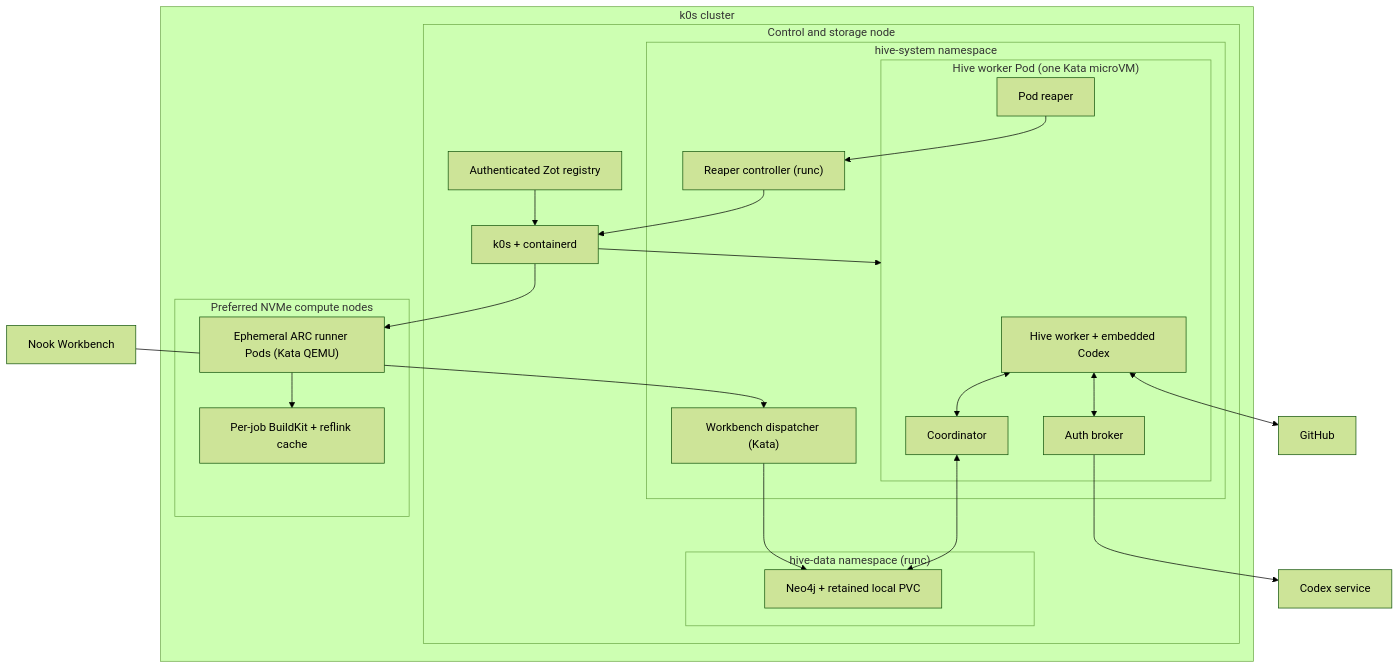
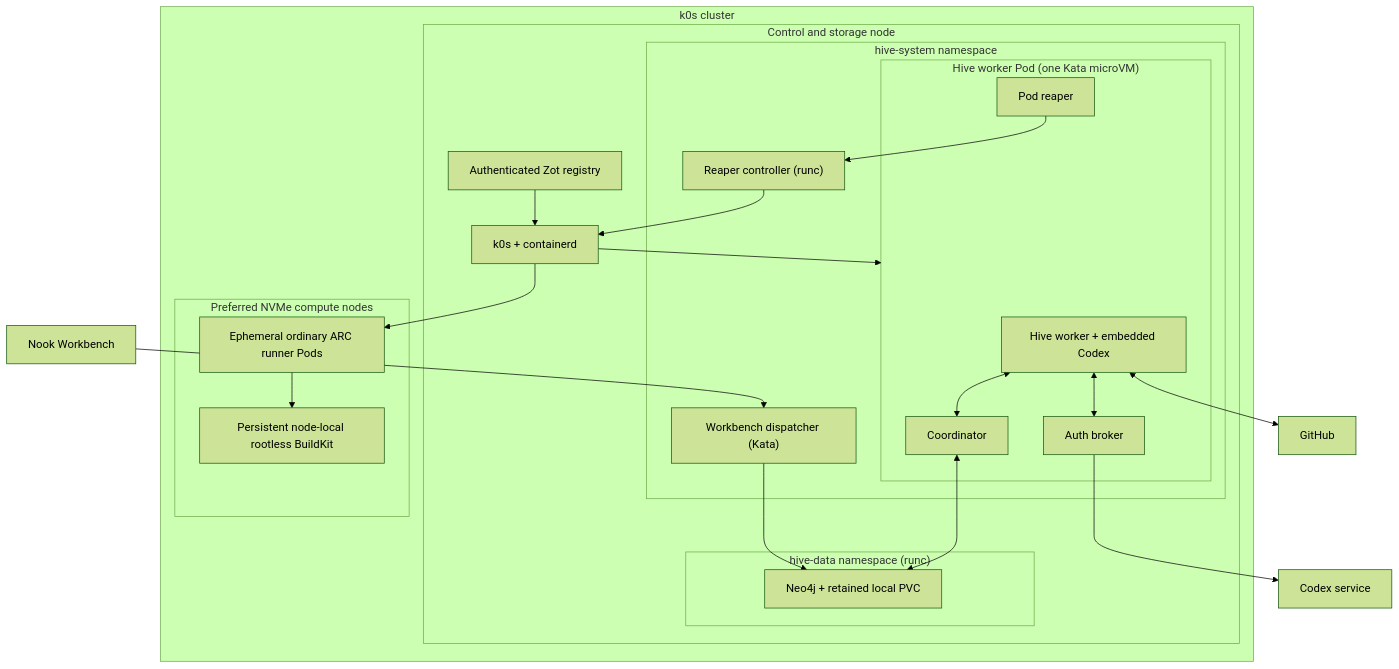
Before and after one commit to meta-secret/nook: the first of 4 diagrams in .cortex/design-docs/hive-isolated-agent-platform.md, drawn with Mermaid (forest theme). The commit also changed other lines of this file and 5 other files, not shown here.

````diff
--- a/.cortex/design-docs/hive-isolated-agent-platform.md
+++ b/.cortex/design-docs/hive-isolated-agent-platform.md
@@ -52,44 +52,44 @@
 ```mermaid
 flowchart TB
   subgraph cluster["k0s cluster"]
     subgraph host["Control and storage node"]
     k0s["k0s + containerd"]
     registry["Authenticated Zot registry"]
 
     subgraph data["hive-data namespace (runc)"]
       neo4j["Neo4j + retained local PVC"]
     end
 
     subgraph system["hive-system namespace"]
       dispatcher["Workbench dispatcher (Kata)"]
 
       subgraph pod["Hive worker Pod (one Kata microVM)"]
         worker["Hive worker + embedded Codex"]
         coordinator["Coordinator"]
         auth["Auth broker"]
         reaper["Pod reaper"]
       end
       reaper_controller["Reaper controller (runc)"]
     end
     end
 
     subgraph compute["Preferred NVMe compute nodes"]
-      arc["Ephemeral ARC runner Pods (Kata QEMU)"]
-      buildkit["Per-job BuildKit + reflink cache"]
+      arc["Ephemeral ordinary ARC runner Pods"]
+      buildkit["Persistent node-local rootless BuildKit"]
     end
   end
 
   workbench["Nook Workbench"] --> dispatcher
   dispatcher --> neo4j
   worker <--> coordinator
   coordinator <--> neo4j
   worker <--> auth
   worker <--> github["GitHub"]
   auth --> codex_api["Codex service"]
   reaper --> reaper_controller
   reaper_controller --> k0s
   k0s --> pod
   k0s --> arc
   arc --> buildkit
   registry --> k0s
 ```
````
